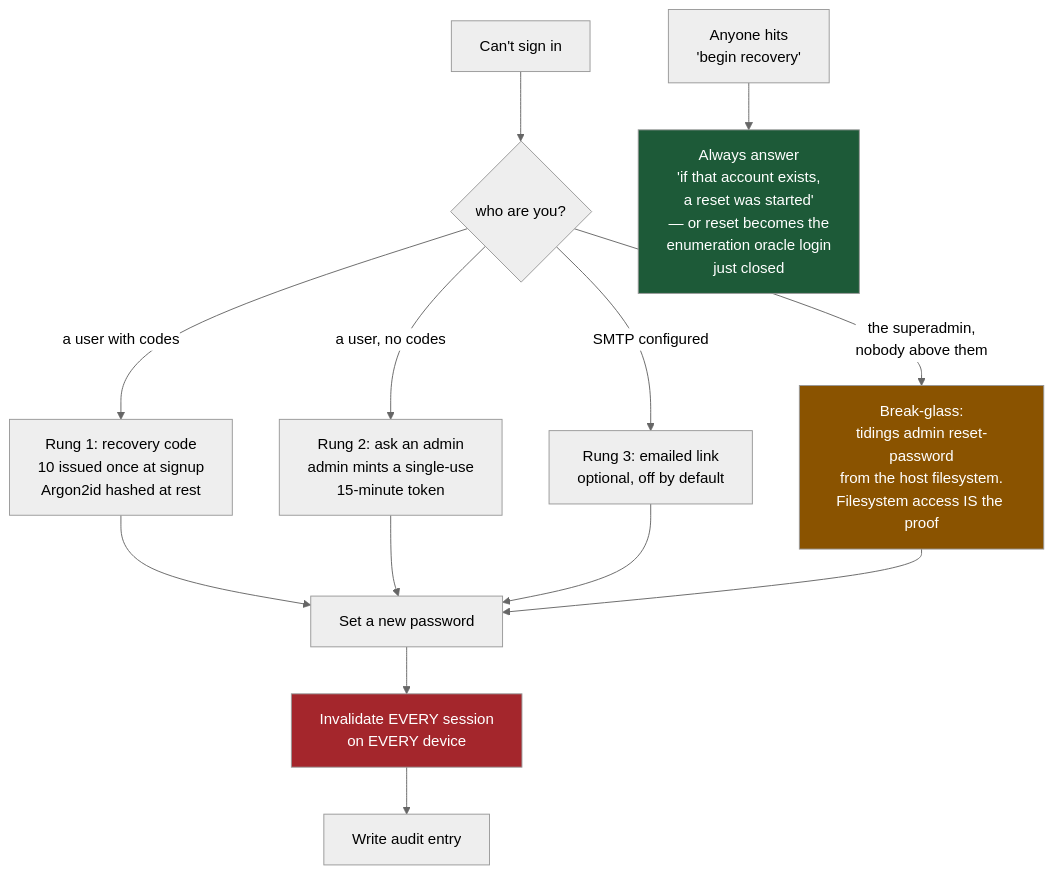
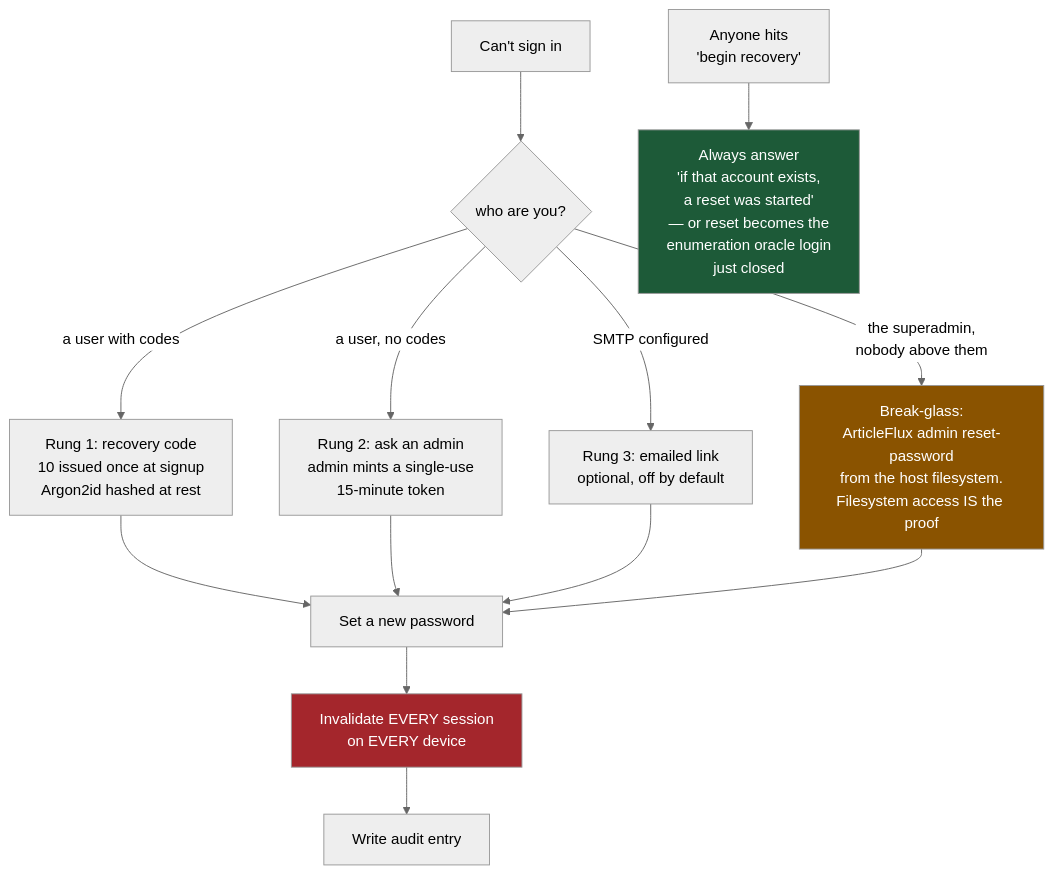
One commit to monstercameron/ArticleFlux changed the fourth of 10 diagrams in FLOWS.md. Above: the diagram before and after it, drawn with Mermaid (neutral theme). The commit also changed other lines of this file and 66 other files, not shown here.

First line of the commit message:
Tidings is now ArticleFlux

````diff
--- a/FLOWS.md
+++ b/FLOWS.md
@@ -165,23 +165,23 @@
 ```mermaid
 flowchart TD
     LOST["Can't sign in"] --> WHO{"who are you?"}
 
     WHO -- "a user with codes" --> R1["Rung 1: recovery code<br/>10 issued once at signup<br/>Argon2id hashed at rest"]
     WHO -- "a user, no codes" --> R2["Rung 2: ask an admin<br/>admin mints a single-use<br/>15-minute token"]
     WHO -- "SMTP configured" --> R3["Rung 3: emailed link<br/>optional, off by default"]
-    WHO -- "the superadmin,<br/>nobody above them" --> CLI["Break-glass:<br/>tidings admin reset-password<br/>from the host filesystem.<br/>Filesystem access IS the proof"]
+    WHO -- "the superadmin,<br/>nobody above them" --> CLI["Break-glass:<br/>ArticleFlux admin reset-password<br/>from the host filesystem.<br/>Filesystem access IS the proof"]
 
     R1 --> SET
     R2 --> SET
     R3 --> SET
     CLI --> SET
 
     SET["Set a new password"] --> KILL["Invalidate EVERY session<br/>on EVERY device"]
     KILL --> AUDIT["Write audit entry"]
 
     INIT2["Anyone hits<br/>'begin recovery'"] --> SAME["Always answer<br/>'if that account exists,<br/>a reset was started'<br/>— or reset becomes the<br/>enumeration oracle login<br/>just closed"]
 
     style CLI fill:#8a5300,color:#fff
     style SAME fill:#1d5a38,color:#fff
     style KILL fill:#a4262c,color:#fff
 ```
````
